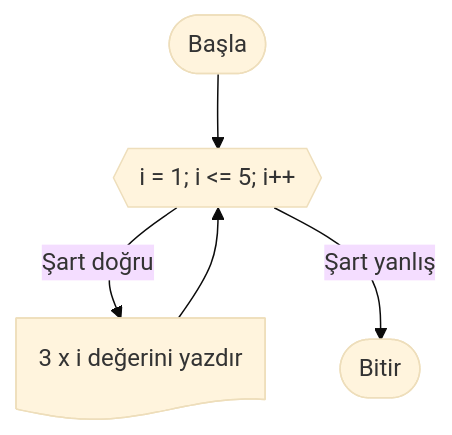
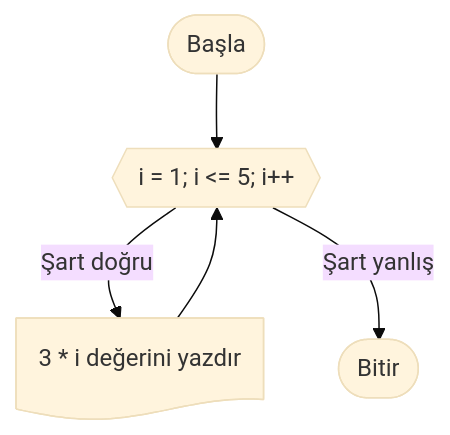
One commit to ibrahimayaz/Algoritma-ve-Programlamaya-Giris changed the seventh of 13 diagrams in Hafta_05_Akis_Diyagramlari_2.md. Above: the diagram before and after it, drawn with Mermaid (base theme).

Commit message:
Dokuman guncellendi

````diff
--- a/Hafta_05_Akis_Diyagramlari_2.md
+++ b/Hafta_05_Akis_Diyagramlari_2.md
@@ -202,7 +202,7 @@
 ```mermaid
 graph TD
     A([Başla]) --> B{{"i = 1; i <= 5; i++"}}
-    B -- Şart doğru --> C@{ shape: doc, label: "3 x i değerini yazdır" }
+    B -- Şart doğru --> C@{ shape: doc, label: "3 * i değerini yazdır" }
     C --> B
     B -- Şart yanlış --> D([Bitir])
 ```
````
